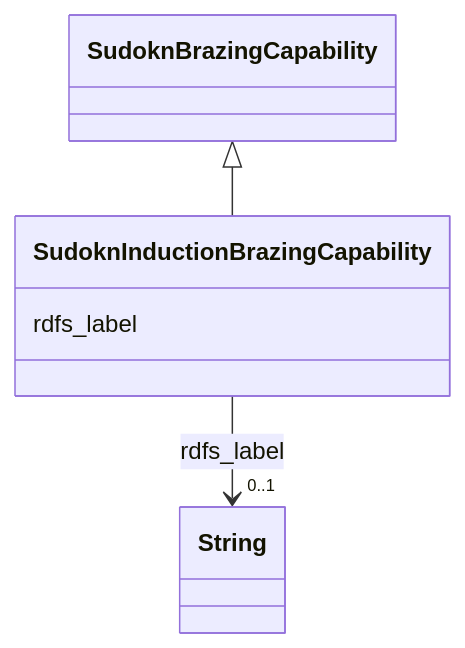
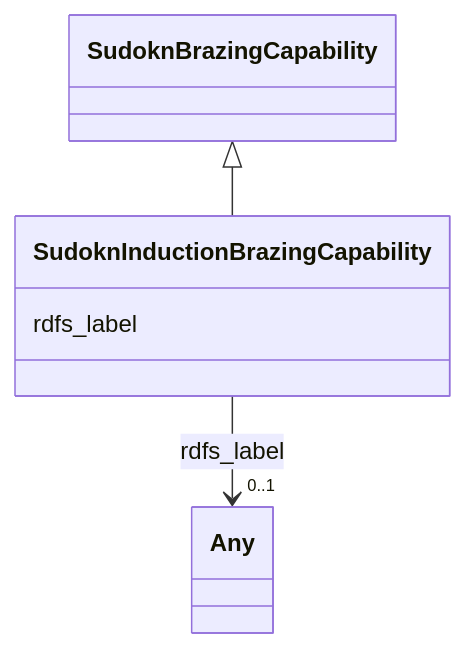
One commit to frink-okn/graph-descriptions changed the diagram in sudokn-kg/classes/SudoknInductionBrazingCapability.md. Above: the diagram before and after it, drawn with Mermaid. The commit also changed other lines of this file and 903 other files, not shown here.

````diff
--- a/sudokn-kg/classes/SudoknInductionBrazingCapability.md
+++ b/sudokn-kg/classes/SudoknInductionBrazingCapability.md
@@ -23,18 +16,18 @@
 ```mermaid
  classDiagram
     class SudoknInductionBrazingCapability
     click SudoknInductionBrazingCapability href "../SudoknInductionBrazingCapability"
       SudoknBrazingCapability <|-- SudoknInductionBrazingCapability
         click SudoknBrazingCapability href "../SudoknBrazingCapability"
       
       SudoknInductionBrazingCapability : rdfs_label
         
           
     
     
-    SudoknInductionBrazingCapability --> "0..1" String : rdfs_label
-    click String href "../String"
+    SudoknInductionBrazingCapability --> "0..1" Any : rdfs_label
+    click Any href "../Any"
 
         
       
 ```
````
